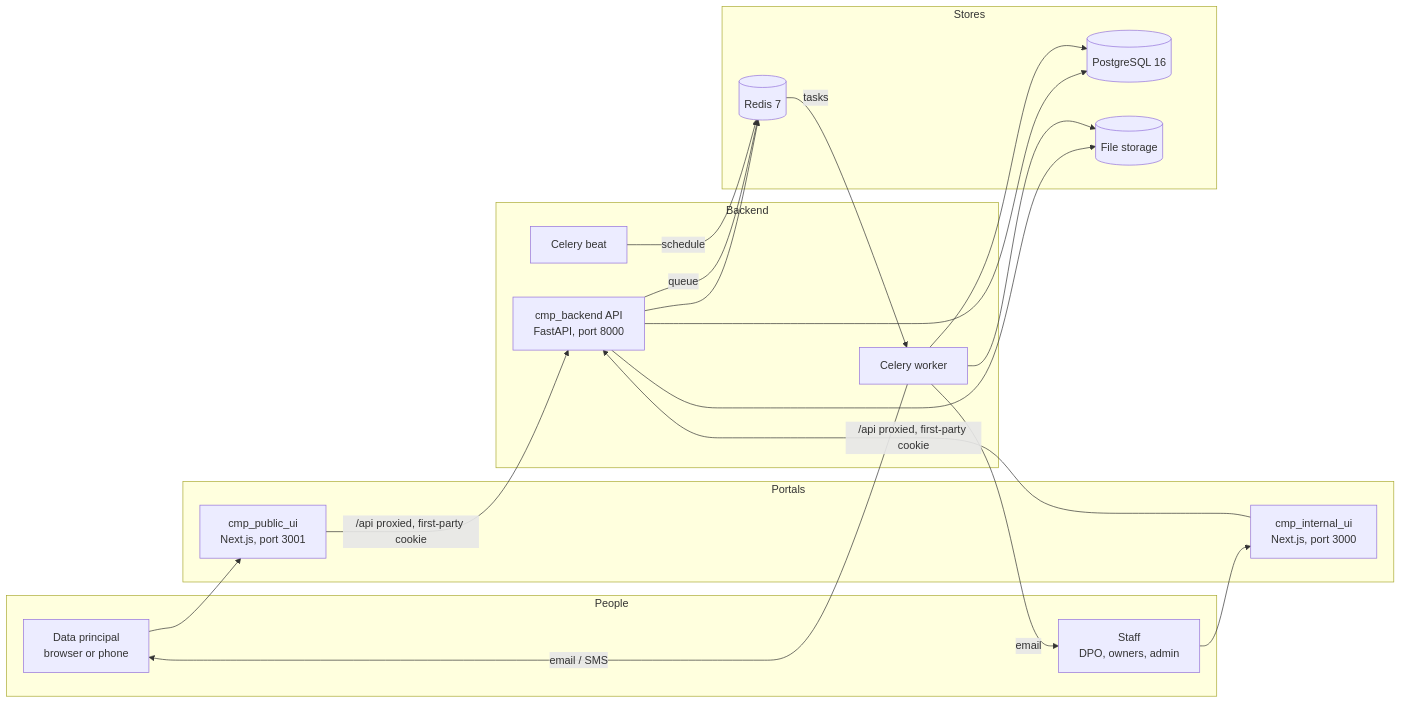
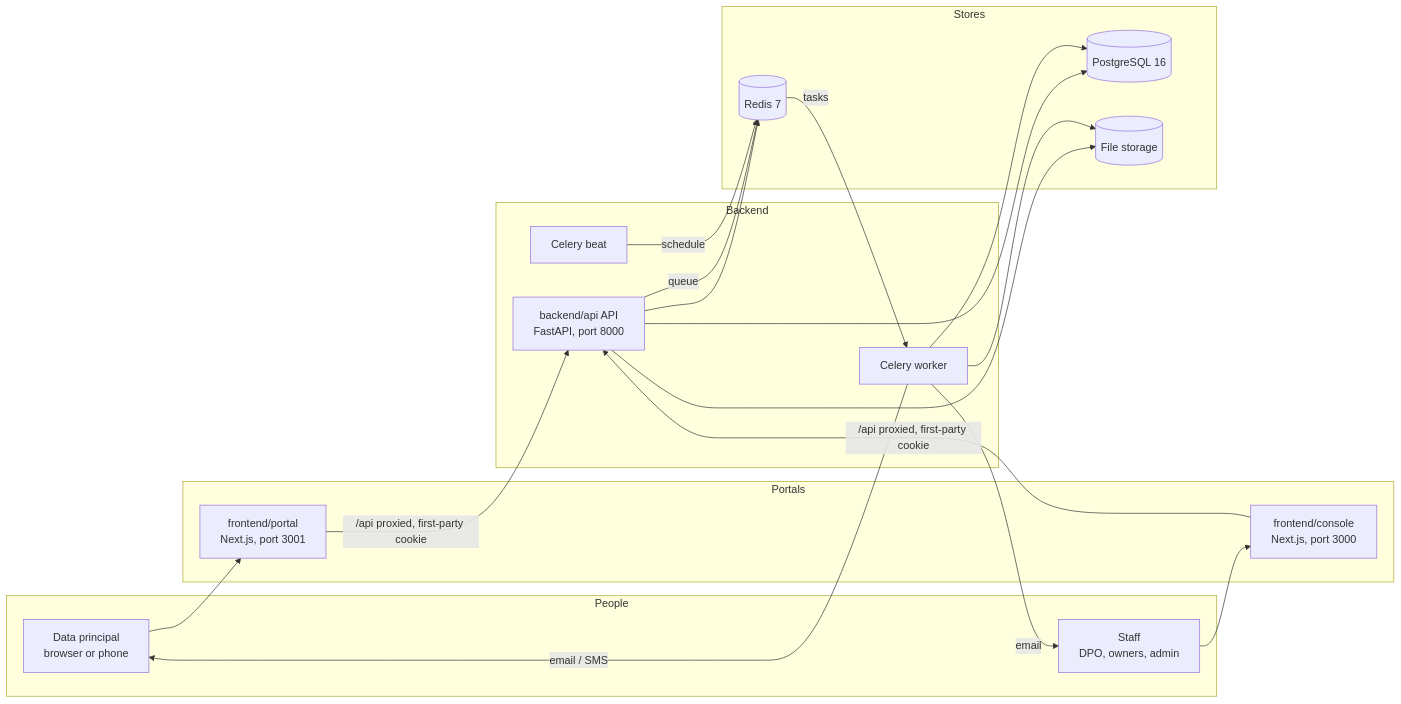
Before and after one commit to pranaldongare/COMPASS_CMP: the diagram in docs/architecture/system-overview.md, drawn with Mermaid. The commit also changed other lines of this file and 173 other files, not shown here.

````diff
--- a/docs/architecture/system-overview.md
+++ b/docs/architecture/system-overview.md
@@ -13,35 +13,35 @@
 ```mermaid
 flowchart LR
   subgraph People
     S[Data principal<br/>browser or phone]
     T[Staff<br/>DPO, owners, admin]
   end
   subgraph Portals
-    P[cmp_public_ui<br/>Next.js, port 3001]
-    C[cmp_internal_ui<br/>Next.js, port 3000]
+    P[frontend/portal<br/>Next.js, port 3001]
+    C[frontend/console<br/>Next.js, port 3000]
   end
   subgraph Backend
-    A[cmp_backend API<br/>FastAPI, port 8000]
+    A[backend/api API<br/>FastAPI, port 8000]
     W[Celery worker]
     B[Celery beat]
   end
   subgraph Stores
     PG[(PostgreSQL 16)]
     R[(Redis 7)]
     F[(File storage)]
   end
   S --> P
   T --> C
   P -- "/api proxied, first-party cookie" --> A
   C -- "/api proxied, first-party cookie" --> A
   A --> PG
   A --> R
   A --> F
   A -- "queue" --> R
   R -- "tasks" --> W
   B -- "schedule" --> R
   W --> PG
   W --> F
   W -- "email / SMS" --> S
   W -- "email" --> T
 ```
````
